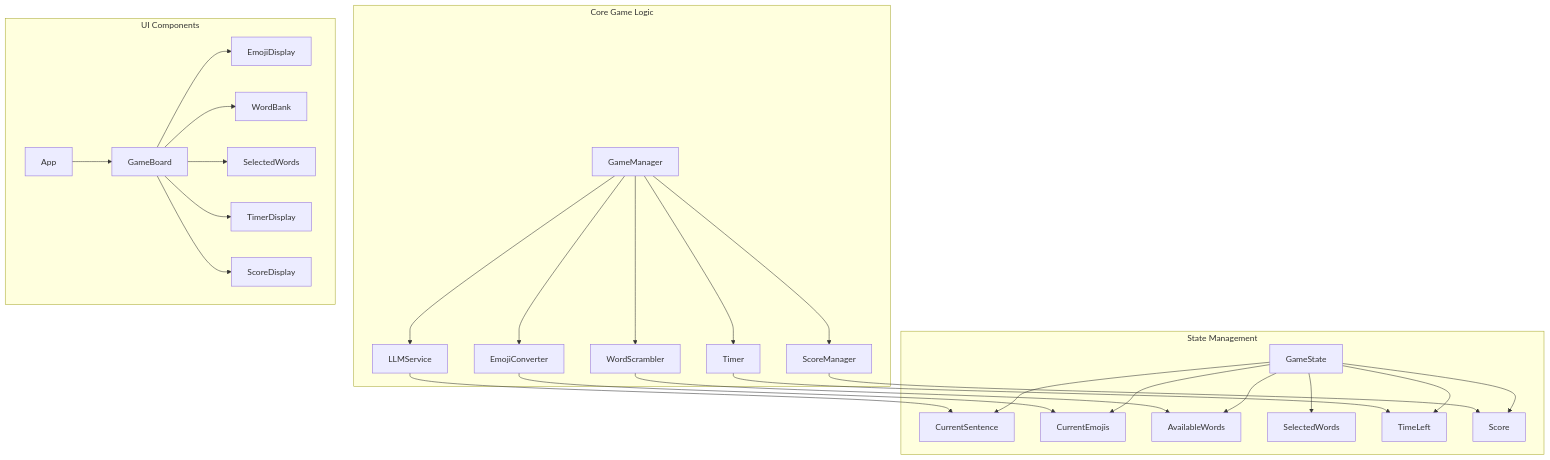
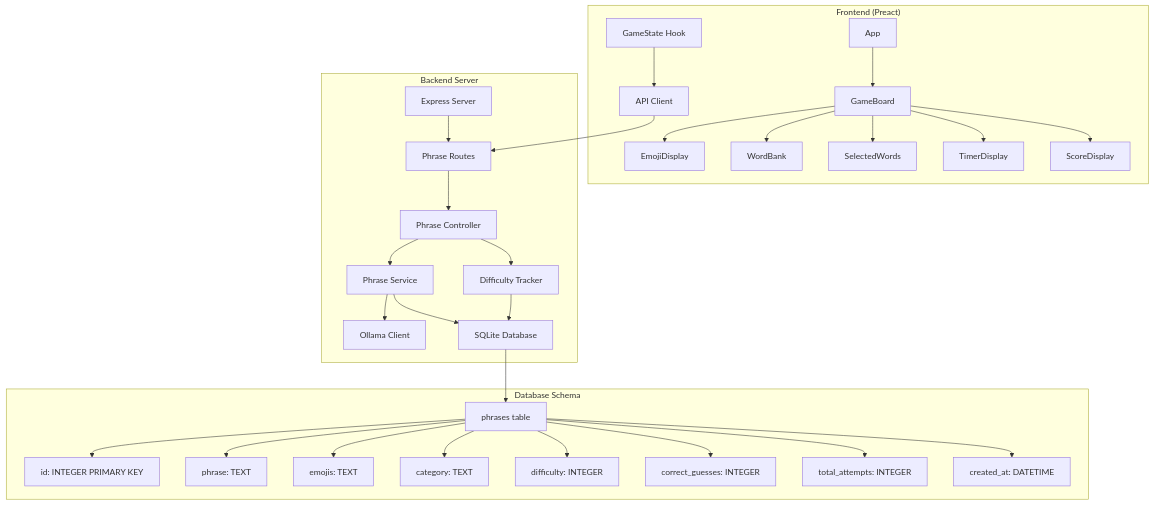
The second of 2 diagrams in architecture.md (yogthos/emojiq), drawn with Mermaid before and after one commit. The commit also changed other lines of this file and 15 other files, not shown here.

````diff
--- a/architecture.md
+++ b/architecture.md
@@ -24,34 +29,36 @@
 ```mermaid
 graph TB
-    subgraph "Core Game Logic"
-        A[GameManager] --> B[LLMService]
-        A --> C[EmojiConverter]
-        A --> D[WordScrambler]
-        A --> E[Timer]
-        A --> F[ScoreManager]
+    subgraph "Frontend (Preact)"
+        A[App] --> B[GameBoard]
+        B --> C[EmojiDisplay]
+        B --> D[WordBank]
+        B --> E[SelectedWords]
+        B --> F[TimerDisplay]
+        B --> G[ScoreDisplay]
+        H[GameState Hook] --> I[API Client]
     end
     
-    subgraph "UI Components"
-        G[App] --> H[GameBoard]
-        H --> I[EmojiDisplay]
-        H --> J[WordBank]
-        H --> K[SelectedWords]
-        H --> L[TimerDisplay]
-        H --> M[ScoreDisplay]
+    subgraph "Backend Server"
+        J[Express Server] --> K[Phrase Routes]
+        K --> L[Phrase Controller]
+        L --> M[Phrase Service]
+        M --> N[Ollama Client]
+        M --> O[SQLite Database]
+        P[Difficulty Tracker] --> O
     end
     
-    subgraph "State Management"
-        N[GameState] --> O[CurrentSentence]
-        N --> P[CurrentEmojis]
-        N --> Q[AvailableWords]
-        N --> R[SelectedWords]
-        N --> S[TimeLeft]
-        N --> T[Score]
+    subgraph "Database Schema"
+        O --> Q[phrases table]
+        Q --> R[id: INTEGER PRIMARY KEY]
+        Q --> S[phrase: TEXT]
+        Q --> T[emojis: TEXT]
+        Q --> U[category: TEXT]
+        Q --> V[difficulty: INTEGER]
+        Q --> W[correct_guesses: INTEGER]
+        Q --> X[total_attempts: INTEGER]
+        Q --> Y[created_at: DATETIME]
     end
     
-    B --> O
-    C --> P
-    D --> Q
-    E --> S
-    F --> T
+    I --> K
+    L --> P
 ```
````
